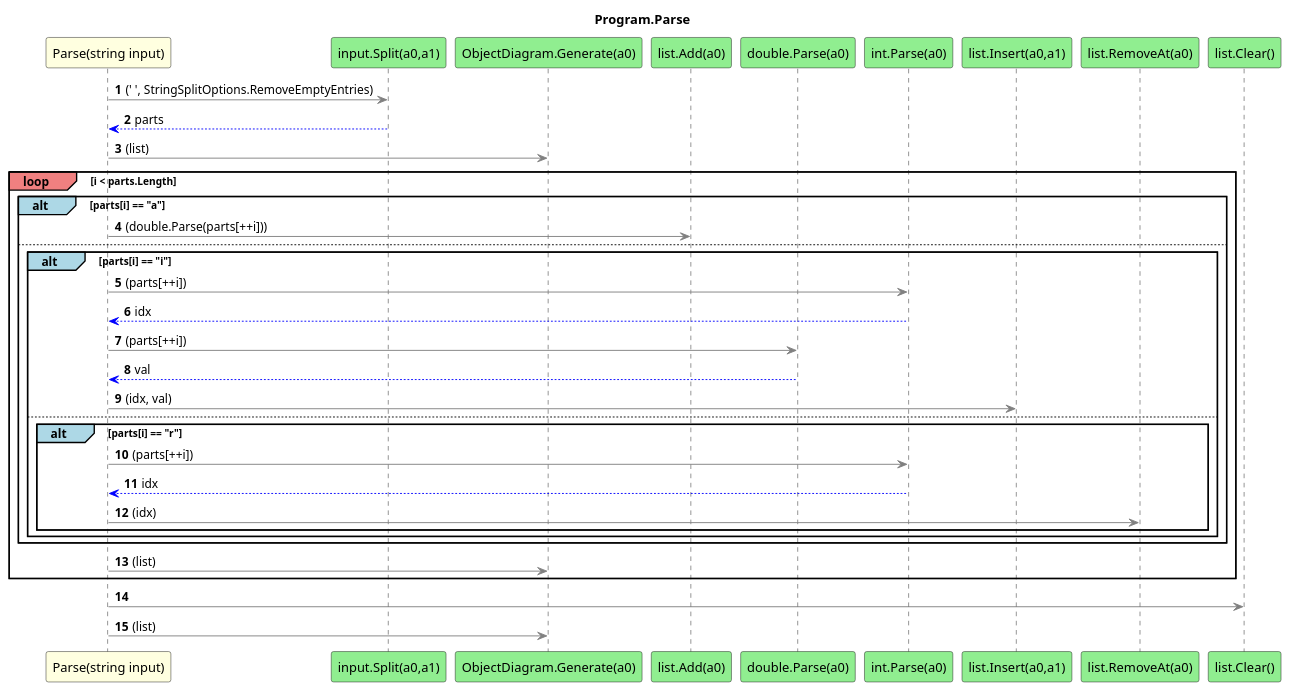
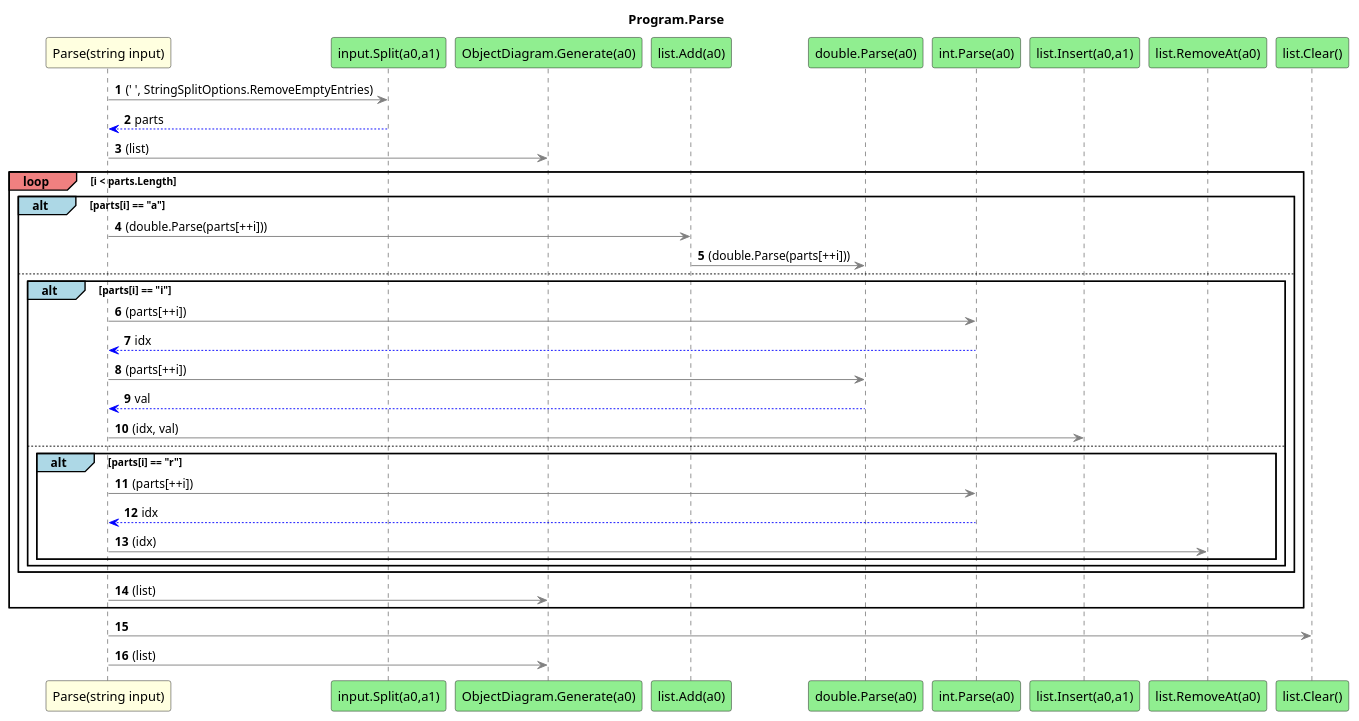
The diagram in LinkedList.ConApp/diagrams/sq_Program_Parse.puml (leoggehrer/2324-34_ABIF_ACIF_POSE), drawn with PlantUML before and after one commit. The commit also changed 57 other files, not shown here.

Commit message:
Added UPNCalculator diagrams and documentation.

```diff
--- a/LinkedList.ConApp/diagrams/sq_Program_Parse.puml
+++ b/LinkedList.ConApp/diagrams/sq_Program_Parse.puml
@@ -1,38 +1,39 @@
 @startuml Program.Parse
 title Program.Parse
 participant "Parse(string input)" as Parse_p0 #LightYellow
 participant "input.Split(a0,a1)" as input_Split_a0_a1 #LightGreen
 participant "ObjectDiagram.Generate(a0)" as ObjectDiagram_Generate_a0 #LightGreen
 participant "list.Add(a0)" as list_Add_a0 #LightGreen
 participant "double.Parse(a0)" as double_Parse_a0 #LightGreen
 participant "int.Parse(a0)" as int_Parse_a0 #LightGreen
 participant "list.Insert(a0,a1)" as list_Insert_a0_a1 #LightGreen
 participant "list.RemoveAt(a0)" as list_RemoveAt_a0 #LightGreen
 participant "list.Clear()" as list_Clear #LightGreen
 autonumber
 Parse_p0 -[#grey]> input_Split_a0_a1 : (' ', StringSplitOptions.RemoveEmptyEntries)
 input_Split_a0_a1 -[#blue]-> Parse_p0 : parts
 Parse_p0 -[#grey]> ObjectDiagram_Generate_a0 : (list)
 loop#LightCoral i < parts.Length
-    alt#LightBlue parts[i] == "a"
-        Parse_p0 -[#grey]> list_Add_a0 : (double.Parse(parts[++i]))
-        else
-            alt#LightBlue parts[i] == "i"
-                Parse_p0 -[#grey]> int_Parse_a0 : (parts[++i])
-                int_Parse_a0 -[#blue]-> Parse_p0 : idx
-                Parse_p0 -[#grey]> double_Parse_a0 : (parts[++i])
-                double_Parse_a0 -[#blue]-> Parse_p0 : val
-                Parse_p0 -[#grey]> list_Insert_a0_a1 : (idx, val)
-                else
-                    alt#LightBlue parts[i] == "r"
-                        Parse_p0 -[#grey]> int_Parse_a0 : (parts[++i])
-                        int_Parse_a0 -[#blue]-> Parse_p0 : idx
-                        Parse_p0 -[#grey]> list_RemoveAt_a0 : (idx)
-                    end
-            end
-    end
-    Parse_p0 -[#grey]> ObjectDiagram_Generate_a0 : (list)
+ alt#LightBlue parts[i] == "a"
+ Parse_p0 -[#grey]> list_Add_a0 : (double.Parse(parts[++i]))
+ list_Add_a0 -[#grey]> double_Parse_a0 : (double.Parse(parts[++i]))
+ else
+ alt#LightBlue parts[i] == "i"
+ Parse_p0 -[#grey]> int_Parse_a0 : (parts[++i])
+ int_Parse_a0 -[#blue]-> Parse_p0 : idx
+ Parse_p0 -[#grey]> double_Parse_a0 : (parts[++i])
+ double_Parse_a0 -[#blue]-> Parse_p0 : val
+ Parse_p0 -[#grey]> list_Insert_a0_a1 : (idx, val)
+ else
+ alt#LightBlue parts[i] == "r"
+ Parse_p0 -[#grey]> int_Parse_a0 : (parts[++i])
+ int_Parse_a0 -[#blue]-> Parse_p0 : idx
+ Parse_p0 -[#grey]> list_RemoveAt_a0 : (idx)
+ end
+ end
+ end
+ Parse_p0 -[#grey]> ObjectDiagram_Generate_a0 : (list)
 end
 Parse_p0 -[#grey]> list_Clear
 Parse_p0 -[#grey]> ObjectDiagram_Generate_a0 : (list)
 @enduml
```
